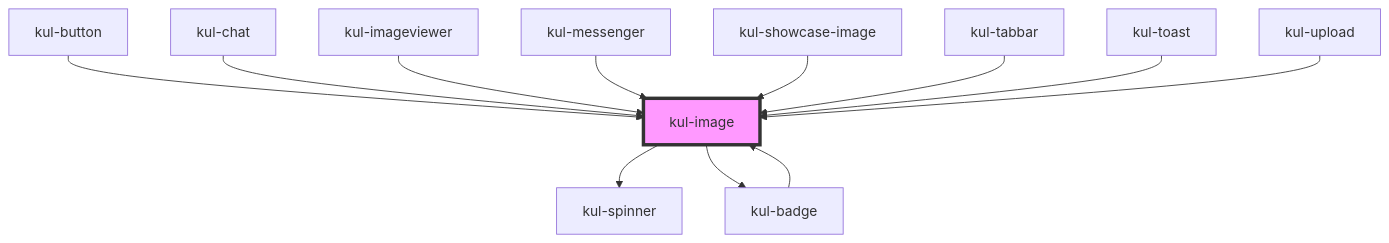
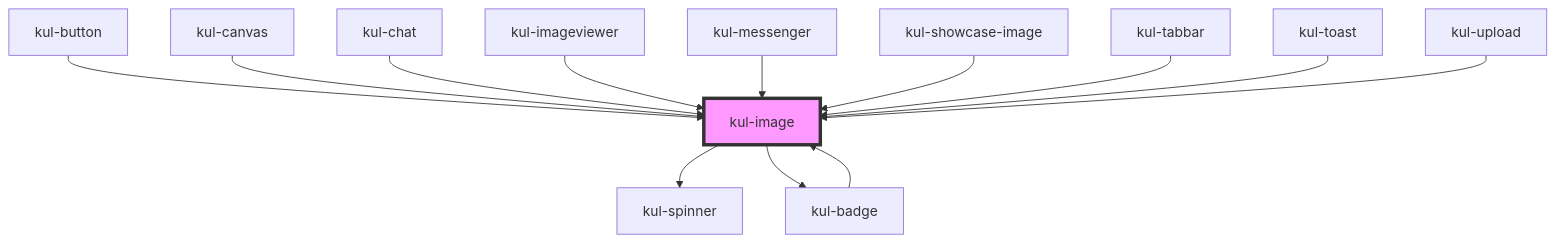
One commit to lucafoscili/ketchup-lite changed the diagram in packages/ketchup-lite/src/components/kul-image/readme.md. Above: the diagram before and after it, drawn with Mermaid. The commit also changed other lines of this file and 21 other files, not shown here.

````diff
--- a/packages/ketchup-lite/src/components/kul-image/readme.md
+++ b/packages/ketchup-lite/src/components/kul-image/readme.md
@@ -119,15 +120,16 @@
 ```mermaid
 graph TD;
   kul-image --> kul-spinner
   kul-image --> kul-badge
   kul-badge --> kul-image
   kul-button --> kul-image
+  kul-canvas --> kul-image
   kul-chat --> kul-image
   kul-imageviewer --> kul-image
   kul-messenger --> kul-image
   kul-showcase-image --> kul-image
   kul-tabbar --> kul-image
   kul-toast --> kul-image
   kul-upload --> kul-image
   style kul-image fill:#f9f,stroke:#333,stroke-width:4px
 ```
````
